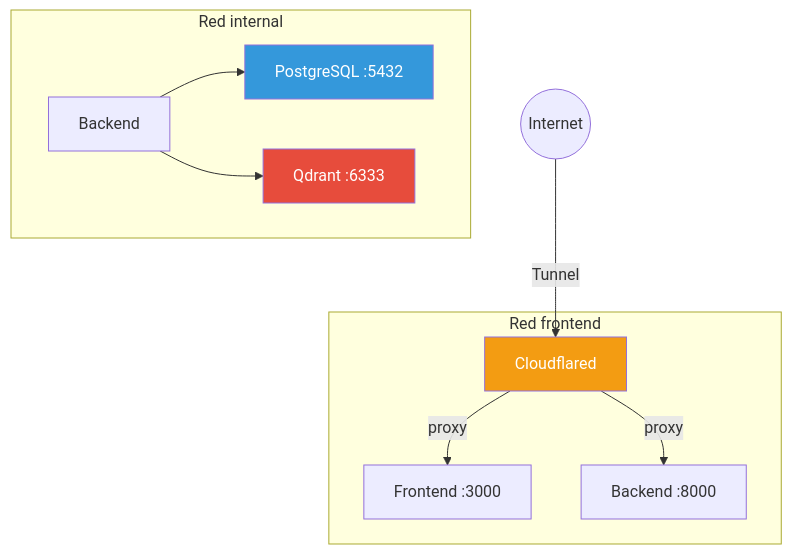
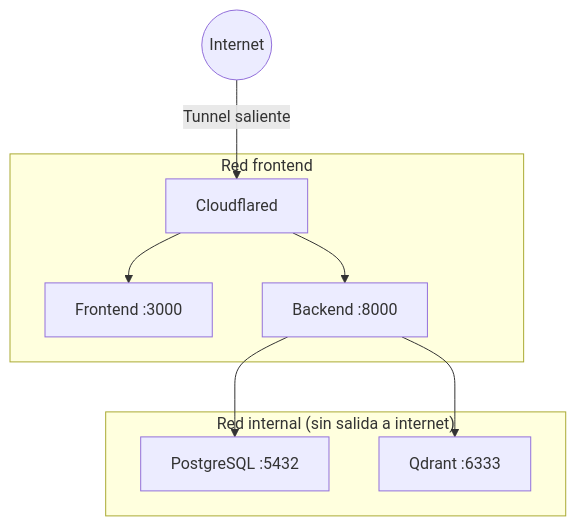
Before and after one commit to EzequielAngel0/DocuAgent: the diagram in docs/deployment/containerfiles.md, drawn with Mermaid. The commit also changed other lines of this file and 12 other files, not shown here.

````diff
--- a/docs/deployment/containerfiles.md
+++ b/docs/deployment/containerfiles.md
@@ -232,25 +185,17 @@
 ```mermaid
 graph TB
-    subgraph Red frontend
+    subgraph "Red frontend"
         FE[Frontend :3000]
         BE[Backend :8000]
         CF[Cloudflared]
     end
-
-    subgraph Red internal
-        BE2[Backend]
+    subgraph "Red internal (sin salida a internet)"
         PG[PostgreSQL :5432]
         QD[Qdrant :6333]
     end
-
-    CF -->|proxy| FE
-    CF -->|proxy| BE
-    BE2 --> PG
-    BE2 --> QD
-
-    INET((Internet)) -->|Tunnel| CF
-
-    style CF fill:#f39c12,color:#fff
-    style PG fill:#3498db,color:#fff
-    style QD fill:#e74c3c,color:#fff
+    INET((Internet)) -->|Tunnel saliente| CF
+    CF --> FE
+    CF --> BE
+    BE --> PG
+    BE --> QD
 ```
````
